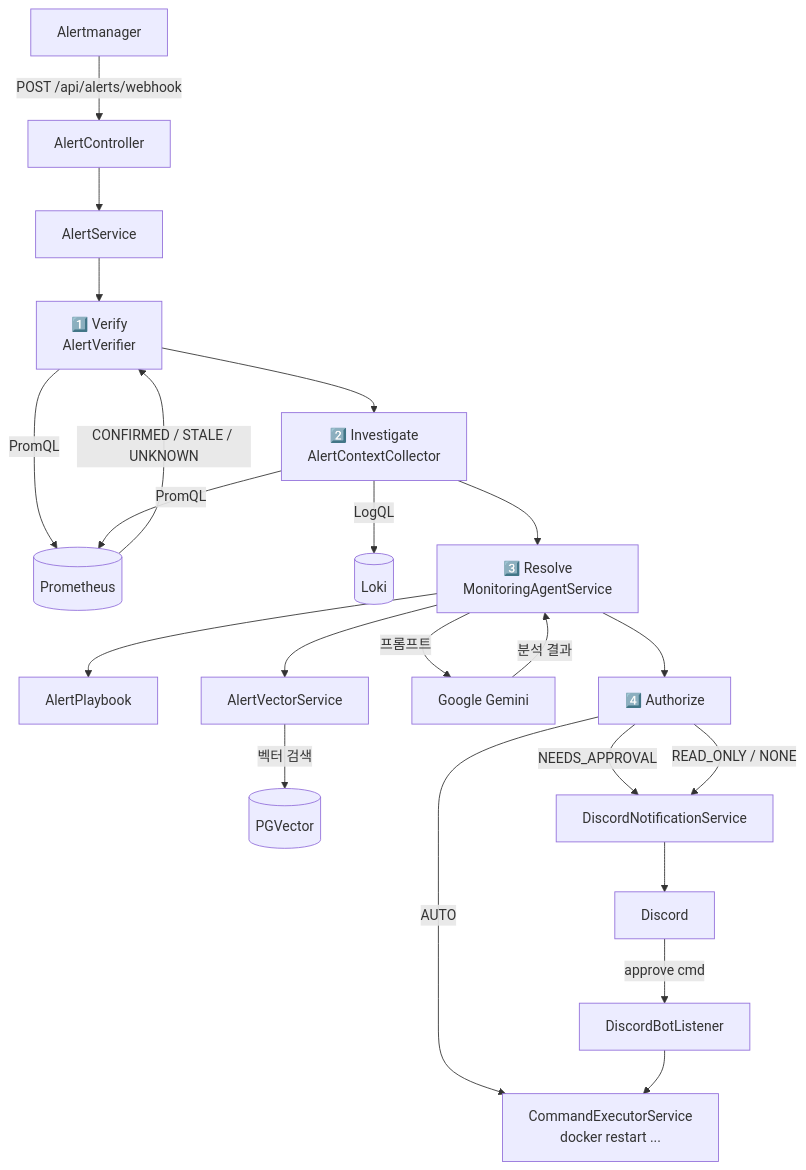
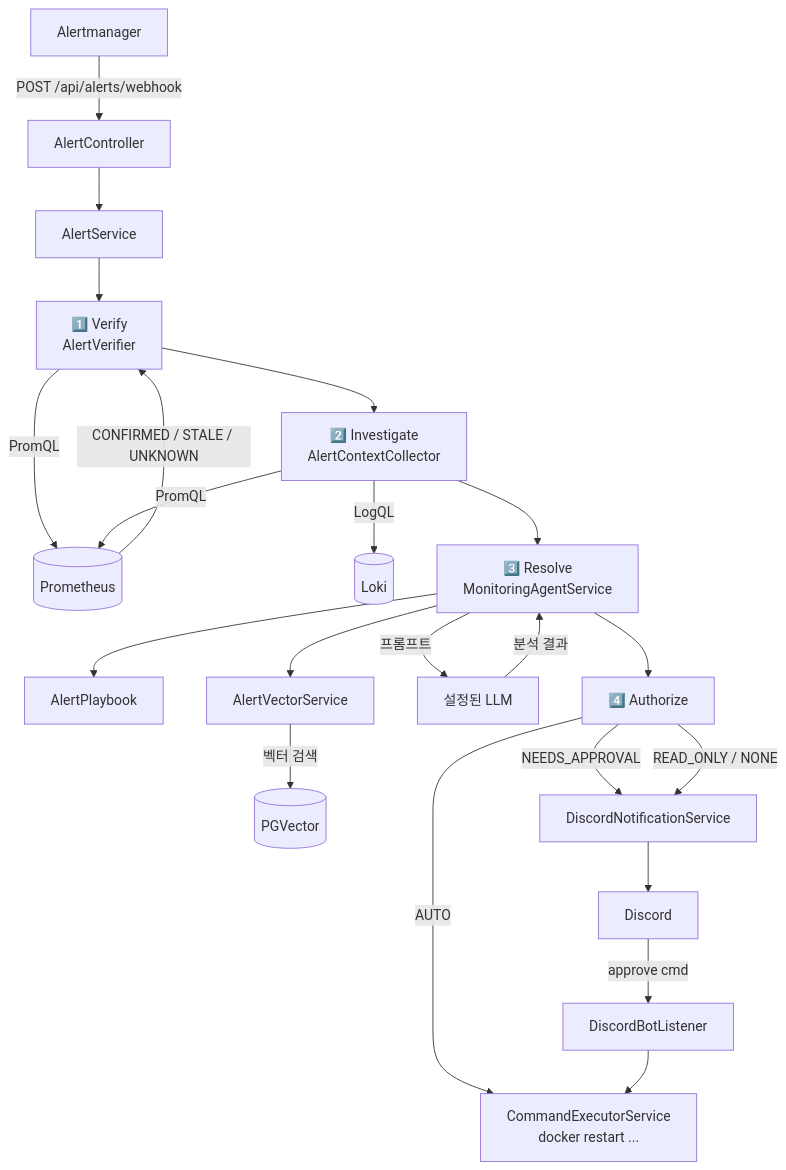
The first of 2 diagrams in README.md (YonghoBae/monitoring-agent), drawn with Mermaid before and after one commit. The commit also changed other lines of this file and 225 other files, not shown here.

````diff
--- a/README.md
+++ b/README.md
@@ -26,28 +35,28 @@
 ```mermaid
 flowchart TD
     AM[Alertmanager] -->|POST /api/alerts/webhook| AC[AlertController]
     AC --> AS[AlertService]
 
     AS --> V["1️⃣ Verify\nAlertVerifier"]
     V -->|PromQL| P[(Prometheus)]
     P -->|CONFIRMED / STALE / UNKNOWN| V
 
     V --> I["2️⃣ Investigate\nAlertContextCollector"]
     I -->|PromQL| P
     I -->|LogQL| L[(Loki)]
 
     I --> R["3️⃣ Resolve\nMonitoringAgentService"]
     R --> PB[AlertPlaybook]
     R --> VS[AlertVectorService]
     VS -->|벡터 검색| PGV[(PGVector)]
-    R -->|프롬프트| G[Google Gemini]
+    R -->|프롬프트| G[설정된 LLM]
     G -->|분석 결과| R
 
     R --> AU["4️⃣ Authorize"]
     AU -->|AUTO| CE[CommandExecutorService\ndocker restart ...]
     AU -->|NEEDS_APPROVAL| DN[DiscordNotificationService]
     AU -->|READ_ONLY / NONE| DN
     DN --> DC[Discord]
     DC -->|approve cmd| BL[DiscordBotListener]
     BL --> CE
 ```
````
